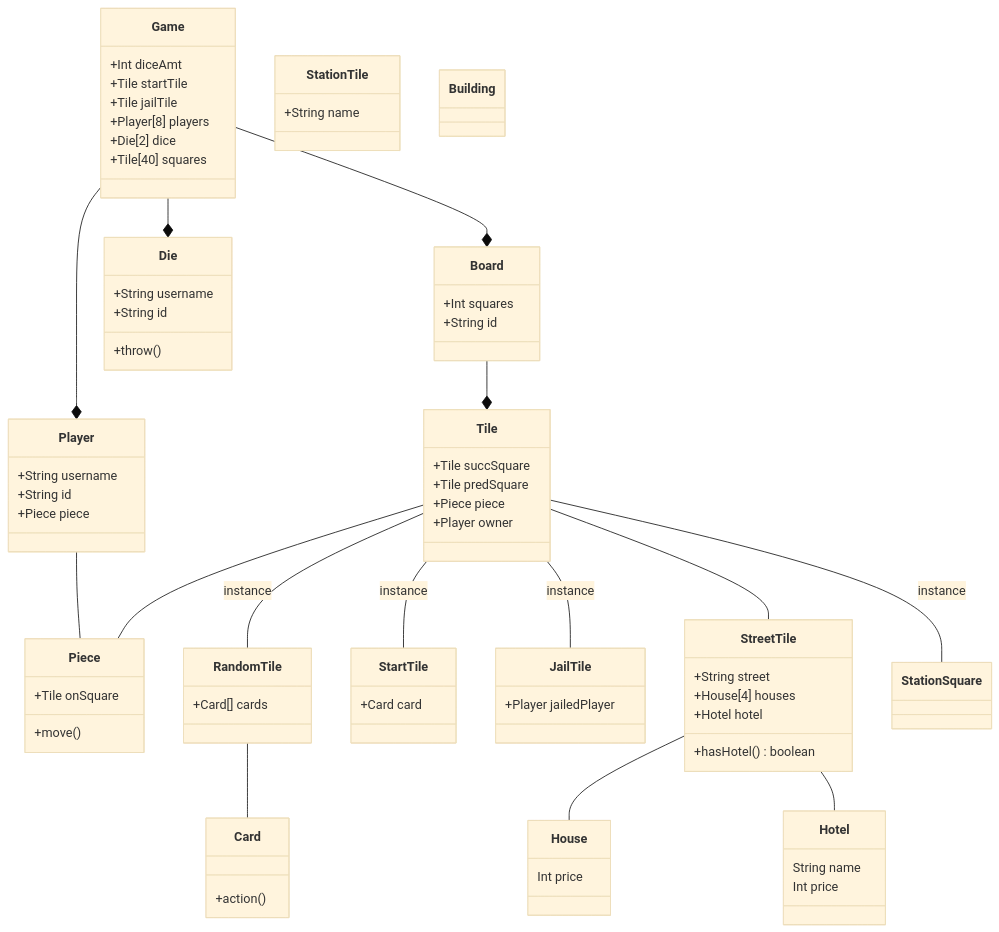
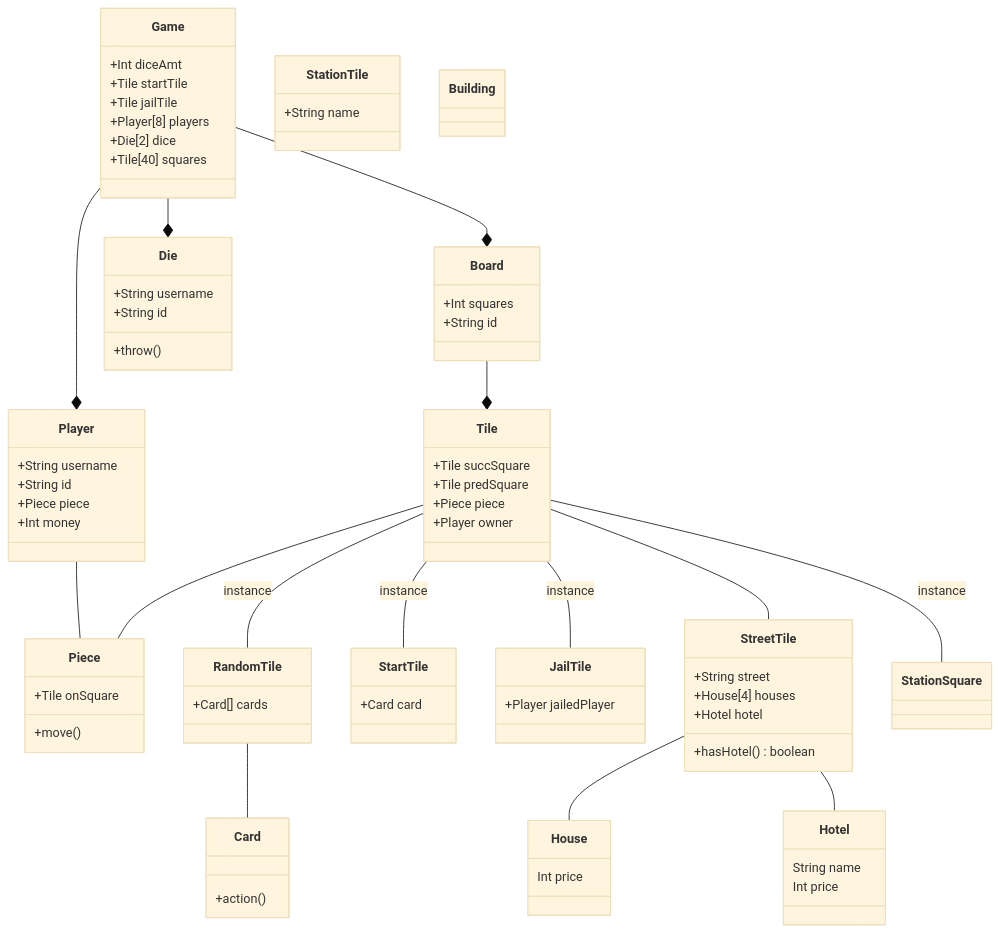
The diagram in laskarit/viikko3/monopoly.md (ni-eminen/ReactComponentViewer), drawn with Mermaid (base theme) before and after one commit.

```diff
--- a/laskarit/viikko3/monopoly.md
+++ b/laskarit/viikko3/monopoly.md
@@ -17,6 +17,7 @@
           +String username
           +String id
           +Piece piece
+          +Int money
       }
       class Piece{
         +Tile onSquare
```
